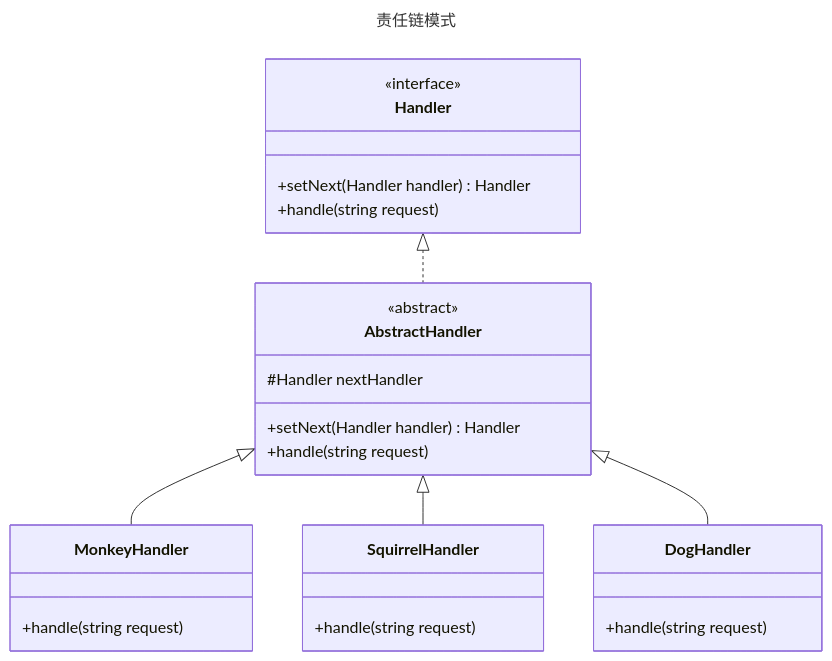
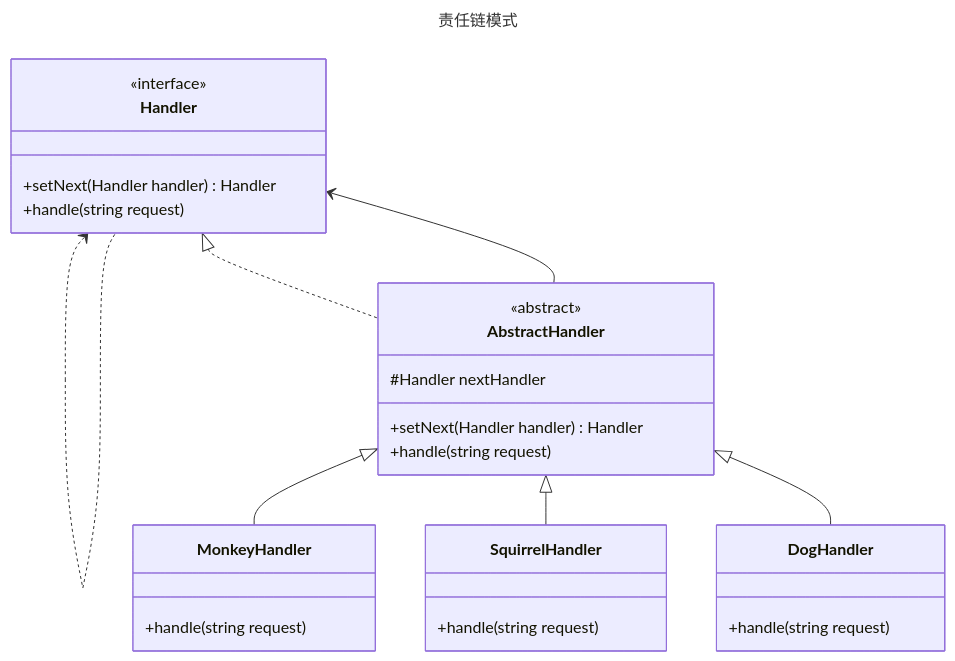
The diagram in chain-of-responsibility/README.md (fengyun89/typescript-design-patterns), drawn with Mermaid before and after one commit. The commit also changed 3 other files, not shown here.

Commit message:
观察者模式类图

````diff
--- a/chain-of-responsibility/README.md
+++ b/chain-of-responsibility/README.md
@@ -1,30 +1,32 @@
 ```mermaid
 ---
 title: 责任链模式
 ---
 classDiagram
     class Handler {
         <<interface>>
         +setNext(Handler handler) Handler
         +handle(string request)
     }
     class AbstractHandler {
         <<abstract>>
         #Handler nextHandler
         +setNext(Handler handler) Handler
         +handle(string request)
     }
     class MonkeyHandler {
         +handle(string request)
     }
     class SquirrelHandler {
         +handle(string request)
     }
     class DogHandler {
         +handle(string request)
     }
+    Handler <.. Handler
     Handler <|.. AbstractHandler
+    Handler <-- AbstractHandler
     AbstractHandler <|-- MonkeyHandler
     AbstractHandler <|-- SquirrelHandler
     AbstractHandler <|-- DogHandler
 ```
````
